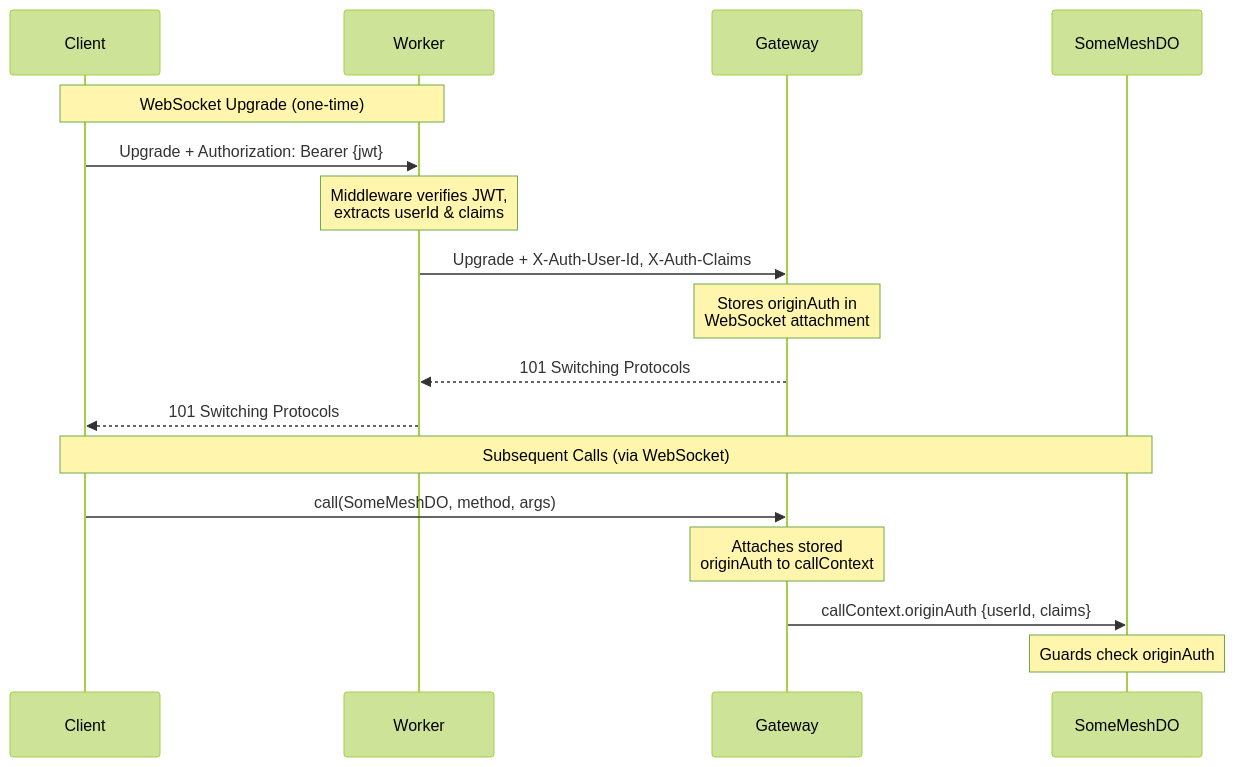
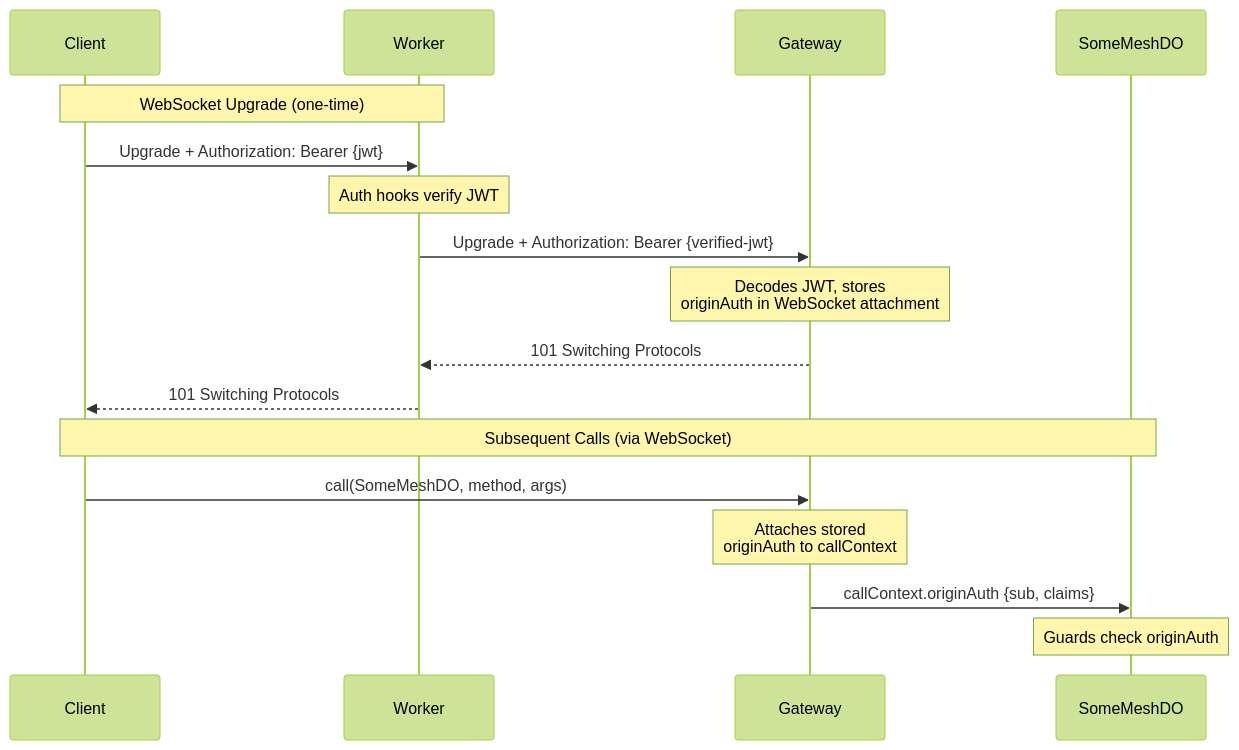
Before and after one commit to lumenize/lumenize: the diagram in website/docs/mesh/security.mdx, drawn with Mermaid (forest theme). The commit also changed other lines of this file and 15 other files, not shown here.

````diff
--- a/website/docs/mesh/security.mdx
+++ b/website/docs/mesh/security.mdx
@@ -17,21 +17,21 @@
 ```mermaid
 sequenceDiagram
     participant Client
     participant Worker
     participant Gateway
     participant SomeMeshDO
 
     Note over Client,Worker: WebSocket Upgrade (one-time)
     Client->>Worker: Upgrade + Authorization: Bearer {jwt}
-    Note over Worker: Middleware verifies JWT,<br/>extracts userId & claims
-    Worker->>Gateway: Upgrade + X-Auth-User-Id, X-Auth-Claims
-    Note over Gateway: Stores originAuth in<br/>WebSocket attachment
+    Note over Worker: Auth hooks verify JWT
+    Worker->>Gateway: Upgrade + Authorization: Bearer {verified-jwt}
+    Note over Gateway: Decodes JWT, stores<br/>originAuth in WebSocket attachment
     Gateway-->>Worker: 101 Switching Protocols
     Worker-->>Client: 101 Switching Protocols
 
     Note over Client,SomeMeshDO: Subsequent Calls (via WebSocket)
     Client->>Gateway: call(SomeMeshDO, method, args)
     Note over Gateway: Attaches stored<br/>originAuth to callContext
-    Gateway->>SomeMeshDO: callContext.originAuth {userId, claims}
+    Gateway->>SomeMeshDO: callContext.originAuth {sub, claims}
     Note over SomeMeshDO: Guards check originAuth
 ```
````
